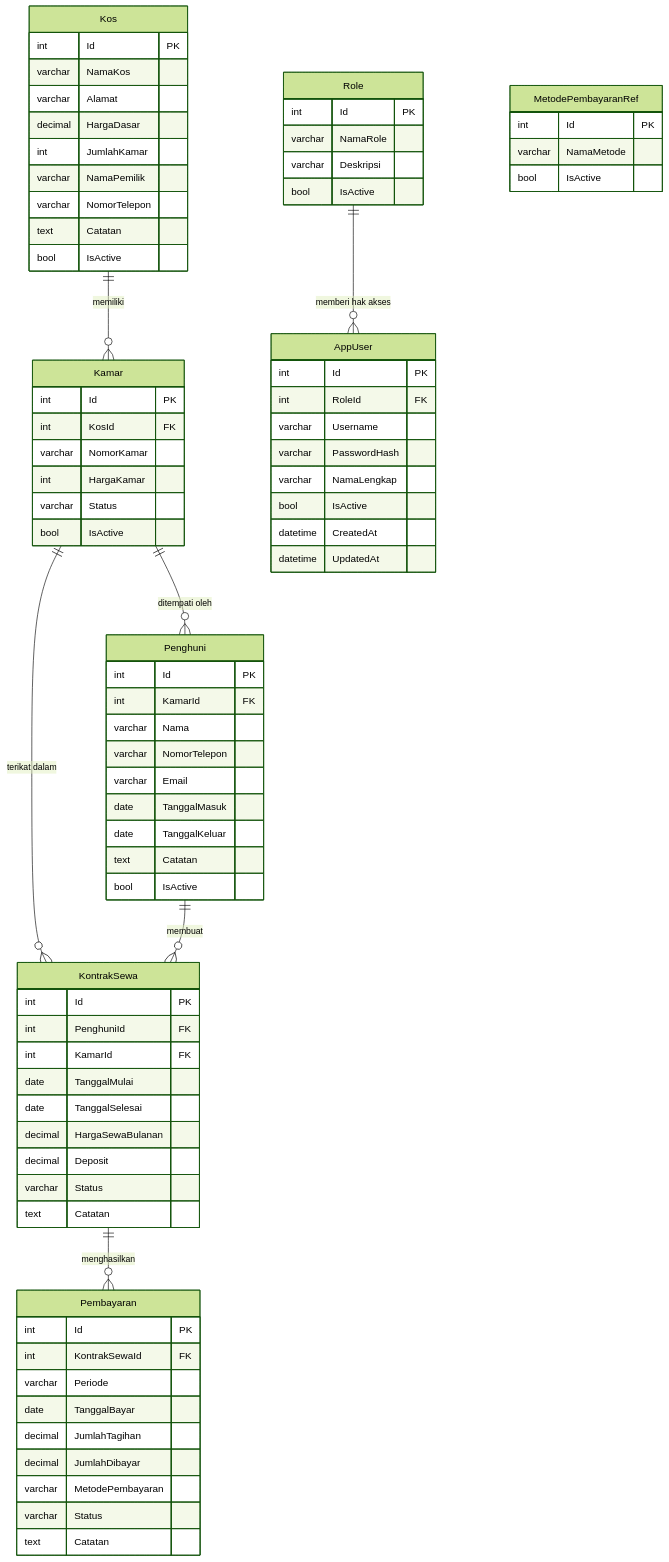
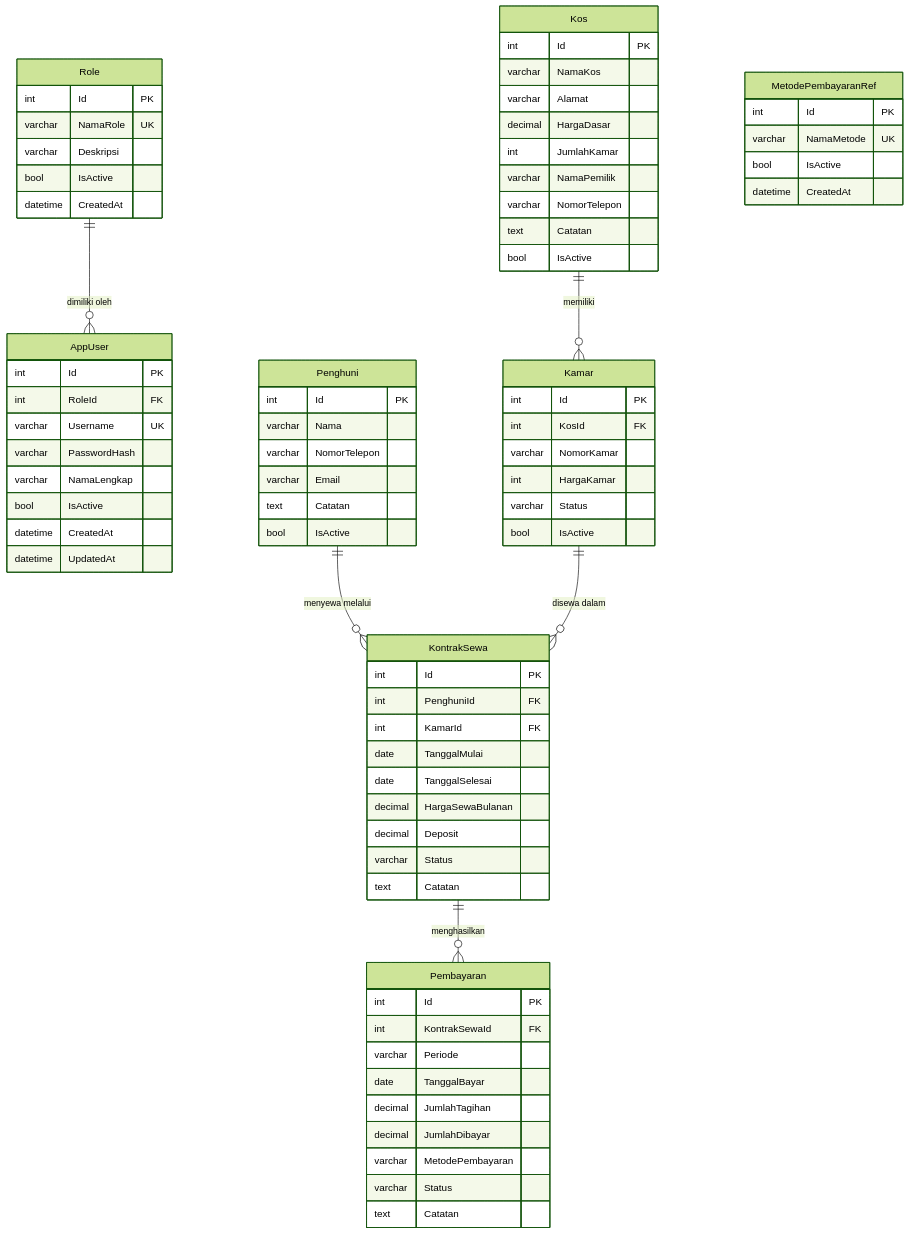
Before and after one commit to kpl-rpl/management-kos: the first of 2 diagrams in DIAGRAM.md, drawn with Mermaid (forest theme). The commit also changed other lines of this file, not shown here.

Commit message:
Update ERD and admin flow diagram

````diff
--- a/DIAGRAM.md
+++ b/DIAGRAM.md
@@ -5,5 +5,24 @@
 ```mermaid
 erDiagram
+    Role {
+        int Id PK
+        varchar NamaRole UK
+        varchar Deskripsi
+        bool IsActive
+        datetime CreatedAt
+    }
+
+    AppUser {
+        int Id PK
+        int RoleId FK
+        varchar Username UK
+        varchar PasswordHash
+        varchar NamaLengkap
+        bool IsActive
+        datetime CreatedAt
+        datetime UpdatedAt
+    }
+
     Kos {
         int Id PK
         varchar NamaKos
@@ -27,12 +46,9 @@
 
     Penghuni {
         int Id PK
-        int KamarId FK
         varchar Nama
         varchar NomorTelepon
         varchar Email
-        date TanggalMasuk
-        date TanggalKeluar
         text Catatan
         bool IsActive
     }
@@ -61,34 +77,16 @@
         text Catatan
     }
 
-    Role {
+    MetodePembayaranRef {
         int Id PK
-        varchar NamaRole
-        varchar Deskripsi
+        varchar NamaMetode UK
         bool IsActive
+        datetime CreatedAt
     }
 
-    AppUser {
-        int Id PK
-        int RoleId FK
-        varchar Username
-        varchar PasswordHash
-        varchar NamaLengkap
-        bool IsActive
-        datetime CreatedAt
-        datetime UpdatedAt
-    }
-
-    MetodePembayaranRef {
-        int Id PK
-        varchar NamaMetode
-        bool IsActive
-    }
-
+    Role ||--o{ AppUser : "dimiliki oleh"
     Kos ||--o{ Kamar : "memiliki"
-    Kamar ||--o{ Penghuni : "ditempati oleh"
-    Kamar ||--o{ KontrakSewa : "terikat dalam"
-    Penghuni ||--o{ KontrakSewa : "membuat"
+    Penghuni ||--o{ KontrakSewa : "menyewa melalui"
+    Kamar ||--o{ KontrakSewa : "disewa dalam"
     KontrakSewa ||--o{ Pembayaran : "menghasilkan"
-    Role ||--o{ AppUser : "memberi hak akses"
 ```
````
